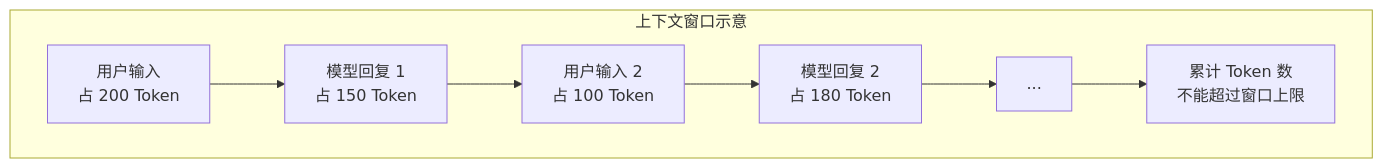
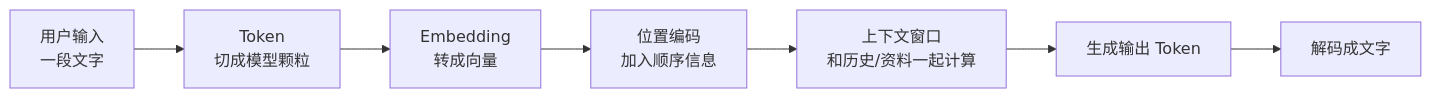
Before and after one commit to Unclecheng-li/Hello-AI: the second of 3 diagrams in docs/basics/token-embedding-context.md, drawn with Mermaid. The commit also changed other lines of this file and 33 other files, not shown here.

````diff
--- a/docs/basics/token-embedding-context.md
+++ b/docs/basics/token-embedding-context.md
@@ -151,11 +251,9 @@
 ```mermaid
 flowchart LR
-    subgraph 上下文窗口示意
-        direction LR
-        A["用户输入<br/>占 200 Token"] --> B["模型回复 1<br/>占 150 Token"]
-        B --> C["用户输入 2<br/>占 100 Token"]
-        C --> D["模型回复 2<br/>占 180 Token"]
-        D --> E[...]
-        E --> F["累计 Token 数<br/>不能超过窗口上限"]
-    end
+    A[用户输入<br/>一段文字] --> B[Token<br/>切成模型颗粒]
+    B --> C[Embedding<br/>转成向量]
+    C --> D[位置编码<br/>加入顺序信息]
+    D --> E[上下文窗口<br/>和历史/资料一起计算]
+    E --> F[生成输出 Token]
+    F --> G[解码成文字]
 ```
````
